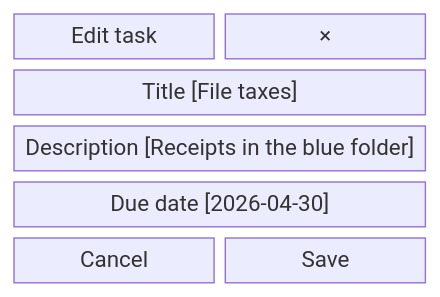
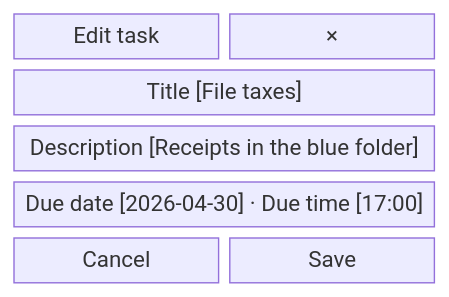
Before and after one commit to charlesmalo/FociToDo: the tenth of 13 diagrams in docs/ui.md, drawn with Mermaid. The commit also changed other lines of this file and 20 other files, not shown here.

````diff
--- a/docs/ui.md
+++ b/docs/ui.md
@@ -190,9 +191,9 @@
 ```mermaid
 block-beta
   columns 2
   heading["Edit task"] close["×"]
   titlefield["Title [File taxes]"]:2
   description["Description [Receipts in the blue folder]"]:2
-  due["Due date [2026-04-30]"]:2
+  due["Due date [2026-04-30] · Due time [17:00]"]:2
   cancel["Cancel"] save["Save"]
 ```
````
